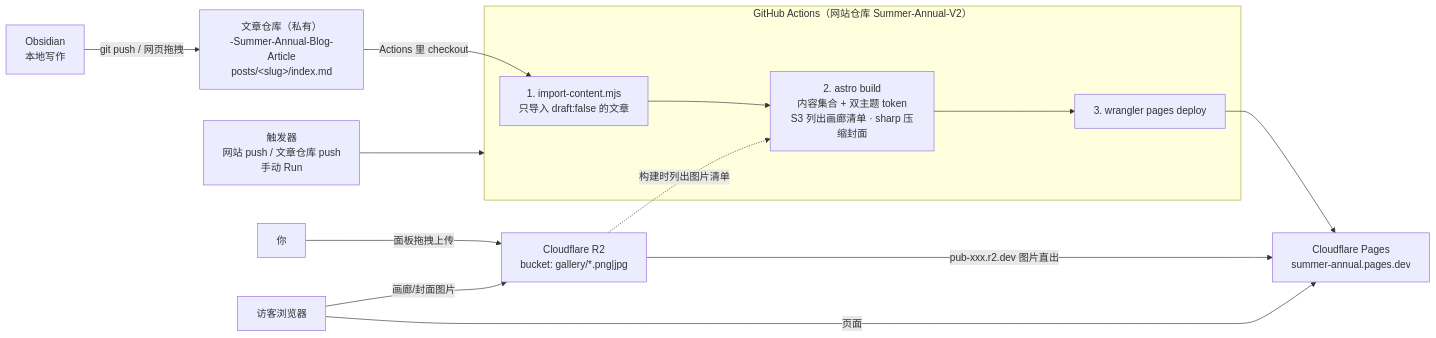
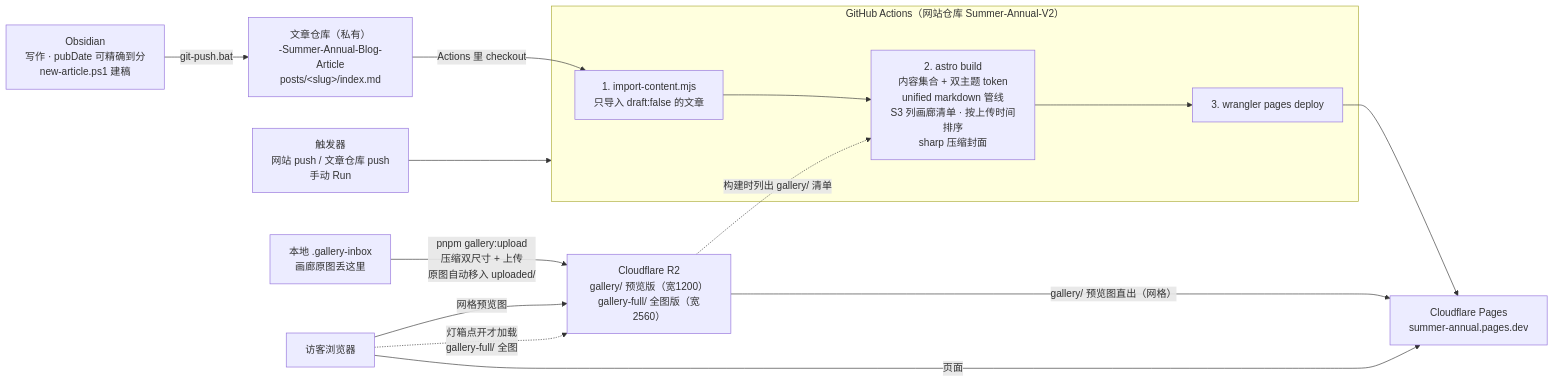
The diagram in docs/architecture.md (YuunagiHirozuki/Summer-Annual-V2), drawn with Mermaid before and after one commit. The commit also changed other lines of this file and 1 other file, not shown here.

First line of the commit message:
docs: refresh architecture diagram for current pipeline

````diff
--- a/docs/architecture.md
+++ b/docs/architecture.md
@@ -3,23 +3,24 @@
 ```mermaid
 flowchart LR
-    OBS["Obsidian<br/>本地写作"] -->|"git push / 网页拖拽"| REPO["文章仓库（私有）<br/>-Summer-Annual-Blog-Article<br/>posts/&lt;slug&gt;/index.md"]
-    YOU["你"] -->|"面板拖拽上传"| R2["Cloudflare R2<br/>bucket: gallery/*.png|jpg"]
+    OBS["Obsidian<br/>写作 · pubDate 可精确到分<br/>new-article.ps1 建稿"] -->|"git-push.bat"| REPO["文章仓库（私有）<br/>-Summer-Annual-Blog-Article<br/>posts/&lt;slug&gt;/index.md"]
+    INBOX["本地 .gallery-inbox<br/>画廊原图丢这里"] -->|"pnpm gallery:upload<br/>压缩双尺寸 + 上传<br/>原图自动移入 uploaded/"| R2["Cloudflare R2<br/>gallery/ 预览版（宽1200）<br/>gallery-full/ 全图版（宽2560）"]
 
     subgraph actions["GitHub Actions（网站仓库 Summer-Annual-V2）"]
         IMP["1. import-content.mjs<br/>只导入 draft:false 的文章"]
-        BUILD["2. astro build<br/>内容集合 + 双主题 token<br/>S3 列出画廊清单 · sharp 压缩封面"]
+        BUILD["2. astro build<br/>内容集合 + 双主题 token<br/>unified markdown 管线<br/>S3 列画廊清单 · 按上传时间排序<br/>sharp 压缩封面"]
         DEP["3. wrangler pages deploy"]
         IMP --> BUILD --> DEP
     end
 
     TRIG["触发器<br/>网站 push / 文章仓库 push<br/>手动 Run"] --> actions
 
     REPO -->|"Actions 里 checkout"| IMP
-    R2 -.->|"构建时列出图片清单"| BUILD
+    R2 -.->|"构建时列出 gallery/ 清单"| BUILD
 
     DEP --> SITE["Cloudflare Pages<br/>summer-annual.pages.dev"]
-    R2 -->|"pub-xxx.r2.dev 图片直出"| SITE
+    R2 -->|"gallery/ 预览图直出（网格）"| SITE
 
     VIS["访客浏览器"] -->|"页面"| SITE
-    VIS -->|"画廊/封面图片"| R2
+    VIS -->|"网格预览图"| R2
+    VIS -.->|"灯箱点开才加载<br/>gallery-full/ 全图"| R2
 ```
````
